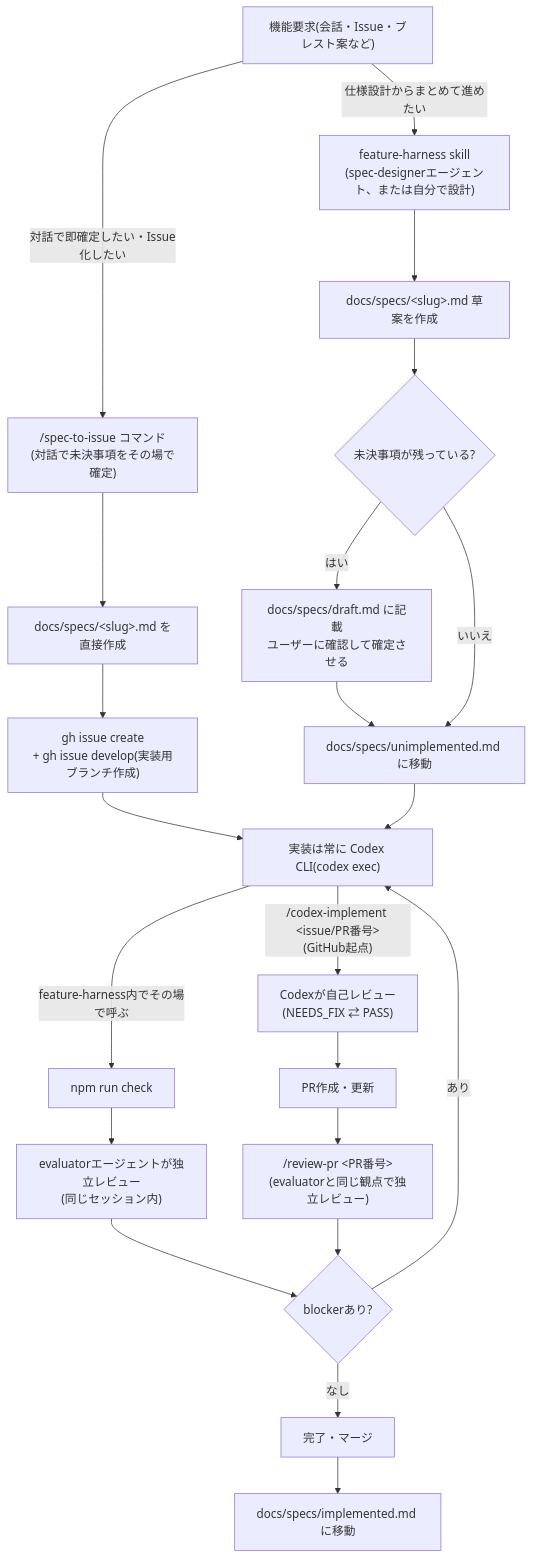
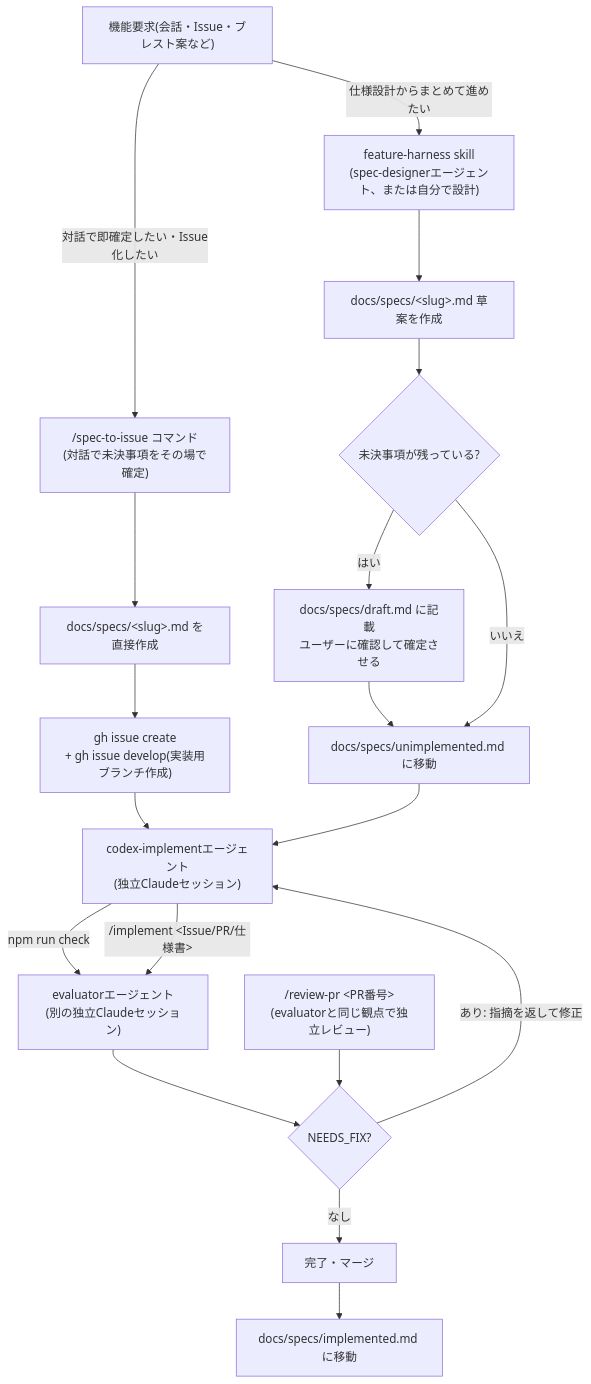
One commit to djpmj/refactor-blocks changed the first of 3 diagrams in docs/DEVELOPMENT.md. Above: the diagram before and after it, drawn with Mermaid. The commit also changed other lines of this file and 15 other files, not shown here.

````diff
--- a/docs/DEVELOPMENT.md
+++ b/docs/DEVELOPMENT.md
@@ -9,33 +9,30 @@
 ```mermaid
 flowchart TD
     Req["機能要求(会話・Issue・ブレスト案など)"]
 
     Req -->|"対話で即確定したい・Issue化したい"| SpecToIssue["/spec-to-issue コマンド<br/>(対話で未決事項をその場で確定)"]
     SpecToIssue --> SpecFileDirect["docs/specs/&lt;slug&gt;.md を直接作成"]
     SpecFileDirect --> GhIssue["gh issue create<br/>+ gh issue develop(実装用ブランチ作成)"]
 
     Req -->|"仕様設計からまとめて進めたい"| Harness["feature-harness skill<br/>(spec-designerエージェント、または自分で設計)"]
     Harness --> DraftSpec["docs/specs/&lt;slug&gt;.md 草案を作成"]
     DraftSpec --> Undecided{"未決事項が残っている?"}
     Undecided -->|"はい"| DraftList["docs/specs/draft.md に記載<br/>ユーザーに確認して確定させる"]
     DraftList --> UnimplList["docs/specs/unimplemented.md に移動"]
     Undecided -->|"いいえ"| UnimplList
 
     GhIssue --> Impl
     UnimplList --> Impl
 
-    Impl["実装は常に Codex CLI(codex exec)"]
-    Impl -->|"feature-harness内でその場で呼ぶ"| CheckInline["npm run check"]
-    Impl -->|"/codex-implement &lt;issue/PR番号&gt;<br/>(GitHub起点)"| SelfReview["Codexが自己レビュー<br/>(NEEDS_FIX ⇄ PASS)"]
-    SelfReview --> PR["PR作成・更新"]
+    Impl["codex-implementエージェント<br/>(独立Claudeセッション)"]
+    Impl -->|"npm run check"| ReviewInline["evaluatorエージェント<br/>(別の独立Claudeセッション)"]
+    Impl -->|"/implement &lt;Issue/PR/仕様書&gt;"| ReviewInline
+    ReviewPr["/review-pr &lt;PR番号&gt;<br/>(evaluatorと同じ観点で独立レビュー)"]
 
-    CheckInline --> ReviewInline["evaluatorエージェントが独立レビュー<br/>(同じセッション内)"]
-    PR --> ReviewPr["/review-pr &lt;PR番号&gt;<br/>(evaluatorと同じ観点で独立レビュー)"]
-
-    ReviewInline --> Blocker{"blockerあり?"}
+    ReviewInline --> Blocker{"NEEDS_FIX?"}
     ReviewPr --> Blocker
-    Blocker -->|"あり"| Impl
+    Blocker -->|"あり: 指摘を返して修正"| Impl
     Blocker -->|"なし"| Merge["完了・マージ"]
 
     Merge --> ImplList["docs/specs/implemented.md に移動"]
 ```
````
